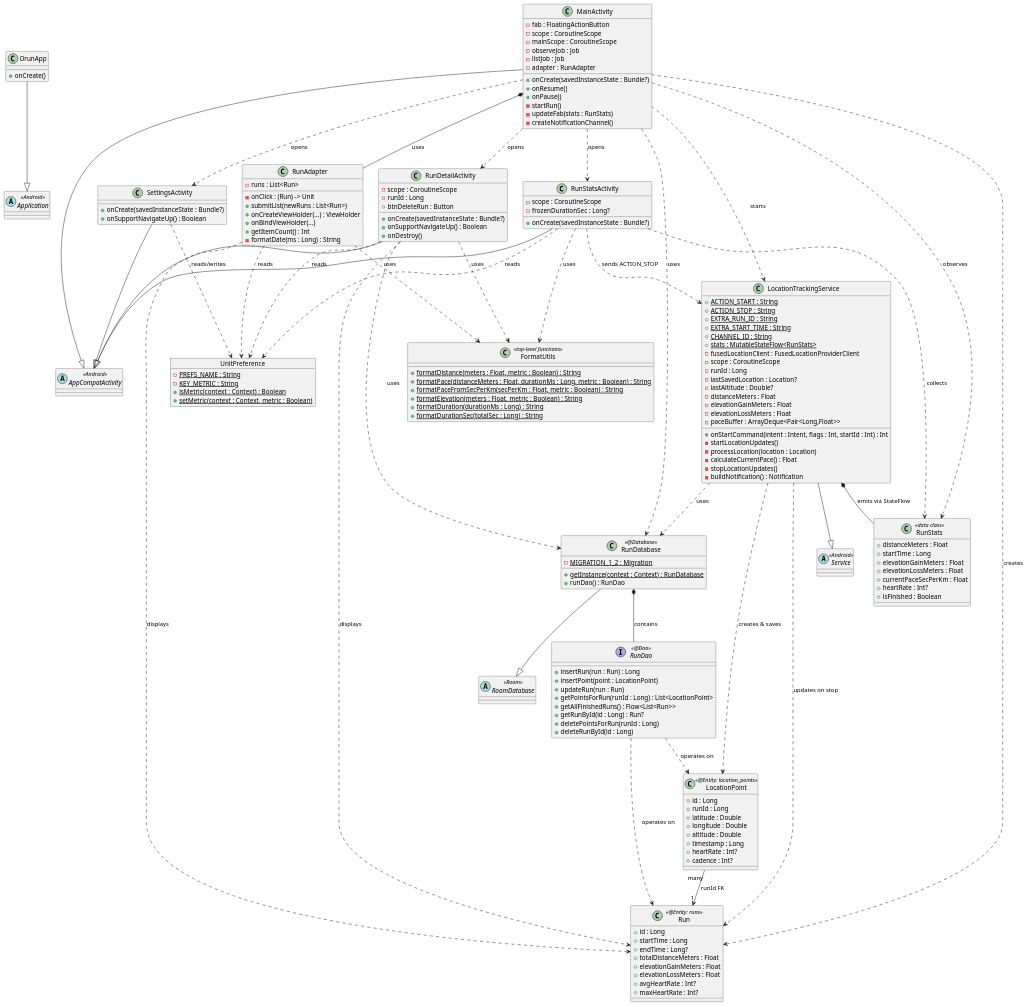
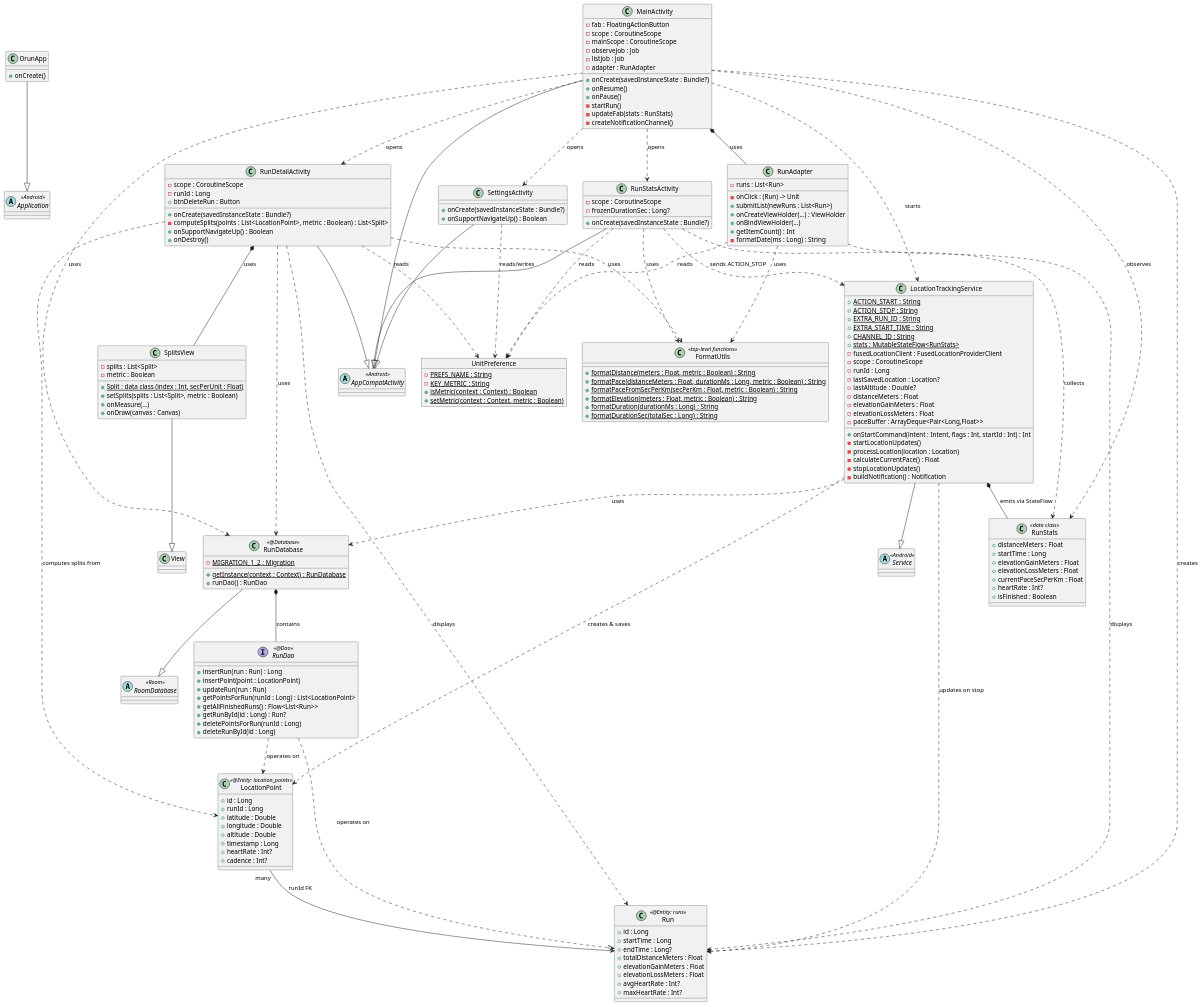
The diagram in class-diagram.puml (yaroslav-06/orun), drawn with PlantUML before and after one commit. The commit also changed 3 other files, not shown here.

Commit message:
added split pace info for each run

```diff
--- a/class-diagram.puml
+++ b/class-diagram.puml
@@ -25,6 +25,7 @@
     -runId : Long
     +btnDeleteRun : Button
     +onCreate(savedInstanceState : Bundle?)
+    -computeSplits(points : List<LocationPoint>, metric : Boolean) : List<Split>
     +onSupportNavigateUp() : Boolean
     +onDestroy()
 }
@@ -143,11 +144,21 @@
     +onSupportNavigateUp() : Boolean
 }
 
+class SplitsView {
+    +{static} Split : data class (index : Int, secPerUnit : Float)
+    -splits : List<Split>
+    -metric : Boolean
+    +setSplits(splits : List<Split>, metric : Boolean)
+    +onMeasure(...)
+    +onDraw(canvas : Canvas)
+}
+
 OrunApp --|> Application
 MainActivity --|> AppCompatActivity
 RunStatsActivity --|> AppCompatActivity
 RunDetailActivity --|> AppCompatActivity
 SettingsActivity --|> AppCompatActivity
+SplitsView --|> View
 LocationTrackingService --|> Service
 RunDatabase --|> RoomDatabase
 
@@ -167,6 +178,8 @@
 
 RunDetailActivity ..> RunDatabase : uses
 RunDetailActivity ..> Run : displays
+RunDetailActivity ..> LocationPoint : computes splits from
+RunDetailActivity *-- SplitsView : uses
 RunAdapter ..> Run : displays
 
 RunStatsActivity ..> LocationTrackingService : sends ACTION_STOP
```
